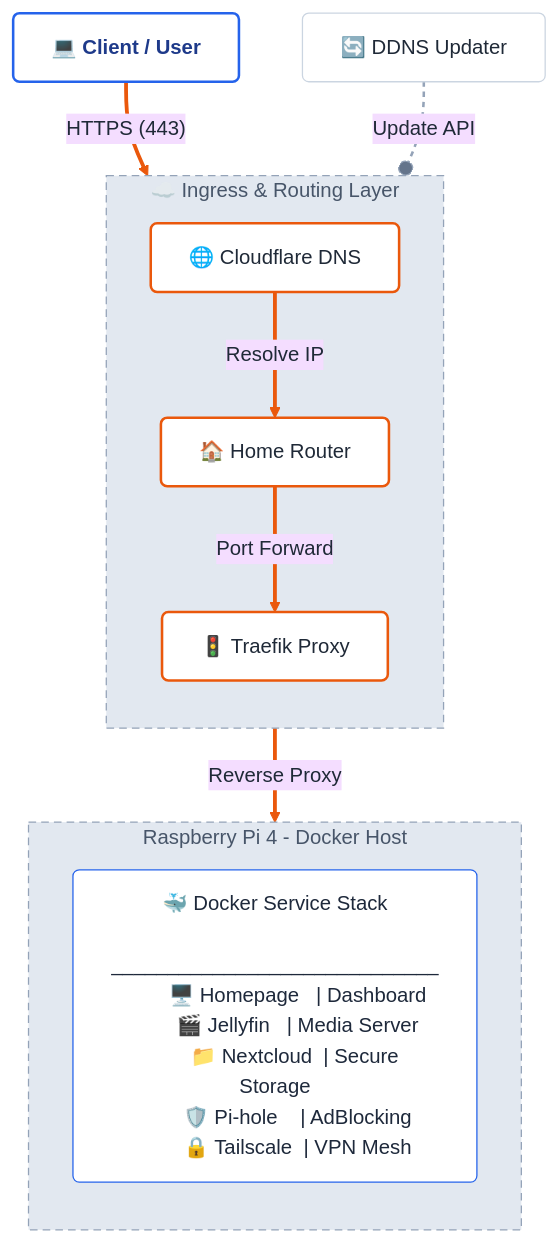
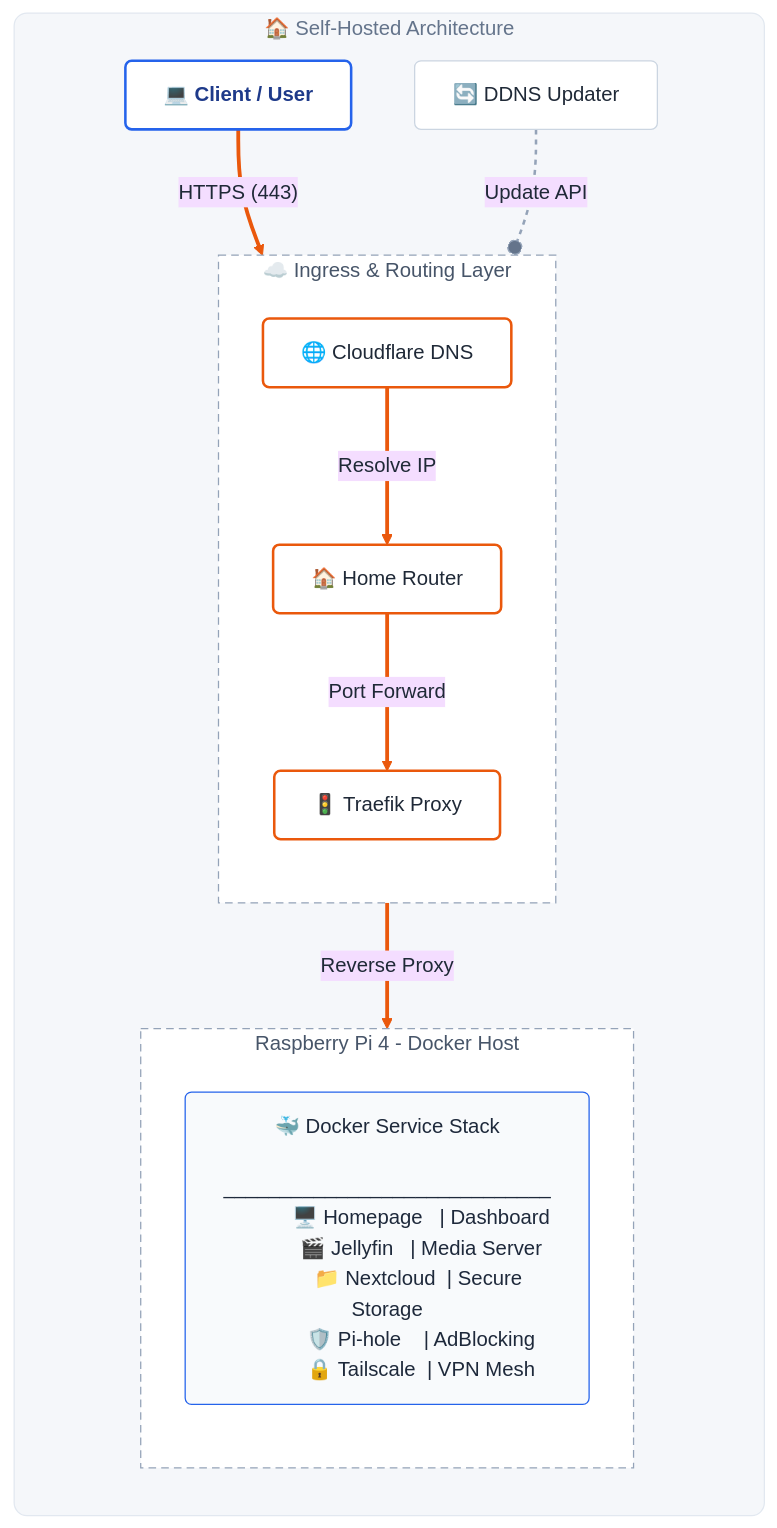
The diagram in README.md (charan-altro/self-host-lab), drawn with Mermaid before and after one commit.

````diff
--- a/README.md
+++ b/README.md
@@ -10,72 +10,80 @@
 ```mermaid
 %%{init: {
   'theme': 'base',
   'themeVariables': {
-    'background': '#F5F7FA',
-    'mainBkg': '#F5F7FA',
+    'background': '#FFFFFF',
     'primaryTextColor': '#1F2937',
     'lineColor': '#64748B'
   }
 }}%%
 flowchart TB
     %% --- STYLE DEFINITIONS ---
-    %% 1. White Card Style for Nodes (Pops against the grey background)
+    %% 1. White Nodes (Clean white boxes)
     classDef base fill:#FFFFFF,stroke:#CBD5E1,stroke-width:1px,color:#1F2937,rx:5,ry:5,font-family:sans-serif
-
-    %% 2. Blue Accents (Client & Server)
+    
+    %% 2. Blue Accents (Endpoints)
     classDef client fill:#FFFFFF,stroke:#2563EB,stroke-width:2px,color:#1E3A8A,rx:5,ry:5,font-weight:bold
     
-    %% 3. Orange Accents (The Active Network Path)
+    %% 3. Orange Accents (Routing Nodes)
     classDef transit fill:#FFFFFF,stroke:#EA580C,stroke-width:2px,color:#1F2937,rx:5,ry:5
 
-    %% 4. The Docker List Box (Clean White with Blue Border)
-    classDef listBox fill:#FFFFFF,stroke:#2563EB,stroke-width:1px,color:#1E293B,rx:5,ry:5,align:left
+    %% 4. The Docker List Box
+    classDef listBox fill:#F8FAFC,stroke:#2563EB,stroke-width:1px,color:#1E293B,rx:5,ry:5,align:left
 
     %% --- CONTAINER STYLING ---
-    %% These look like "Grouped Zones" on the grey background
-    classDef containerZone fill:#E2E8F0,stroke:#94A3B8,stroke-width:1px,stroke-dasharray: 6 4,color:#475569
+    %% The "Master" container (The Grey Background Card)
+    classDef masterZone fill:#F5F7FA,stroke:#E2E8F0,stroke-width:1px,rx:10,ry:10,color:#64748B
+    
+    %% The Inner Zones (White cards on top of Grey)
+    classDef innerZone fill:#FFFFFF,stroke:#94A3B8,stroke-width:1px,stroke-dasharray: 6 4,color:#475569
 
     %% --- DIAGRAM CONTENT ---
 
-    %% 1. TOP LAYER
-    User["💻 Client / User"]:::client
-    DDNS["🔄 DDNS Updater"]:::base
+    %% !!! MASTER CONTAINER STARTS HERE !!!
+    subgraph HomeLab ["🏠 Self-Hosted Architecture"]
+        direction TB
 
-    %% 2. MIDDLE LAYER: Routing
-    subgraph Routing ["☁️ Ingress & Routing Layer"]
-        direction TB
-        DNS["🌐 Cloudflare DNS"]:::transit
-        Router["🏠 Home Router"]:::transit
-        Traefik["🚦 Traefik Proxy"]:::transit
+        %% 1. TOP LAYER
+        User["💻 Client / User"]:::client
+        DDNS["🔄 DDNS Updater"]:::base
+
+        %% 2. MIDDLE LAYER: Routing
+        subgraph Routing ["☁️ Ingress & Routing Layer"]
+            direction TB
+            DNS["🌐 Cloudflare DNS"]:::transit
+            Router["🏠 Home Router"]:::transit
+            Traefik["🚦 Traefik Proxy"]:::transit
+        end
+
+        %% 3. BOTTOM LAYER: Server
+        subgraph Server ["Raspberry Pi 4 - Docker Host"]
+            direction TB
+            DockerList["🐳 Docker Service Stack
+            _____________________________
+            🖥️ Homepage   | Dashboard
+            🎬 Jellyfin   | Media Server
+            📁 Nextcloud  | Secure Storage
+            🛡️ Pi-hole    | AdBlocking
+            🔒 Tailscale  | VPN Mesh"]:::listBox
+        end
     end
-
-    %% 3. BOTTOM LAYER: Server
-    subgraph Server ["Raspberry Pi 4 - Docker Host"]
-        direction TB
-        DockerList["🐳 Docker Service Stack
-        _____________________________
-        🖥️ Homepage   | Dashboard
-        🎬 Jellyfin   | Media Server
-        📁 Nextcloud  | Secure Storage
-        🛡️ Pi-hole    | AdBlocking
-        🔒 Tailscale  | VPN Mesh"]:::listBox
-    end
+    %% !!! MASTER CONTAINER ENDS HERE !!!
 
     %% --- CONNECTIONS ---
-    
     %% Active Path (Orange & Thick)
     User ==>|"HTTPS (443)"| DNS
     DNS ==>|"Resolve IP"| Router
     Router ==>|"Port Forward"| Traefik
     Traefik ==>|"Reverse Proxy"| DockerList
 
     %% Maintenance Path (Grey & Dashed)
     DDNS -.-o|"Update API"| DNS
 
     %% --- APPLY STYLES ---
-    class Routing,Server containerZone
+    class HomeLab masterZone
+    class Routing,Server innerZone
 
     %% Link Styling
     linkStyle 0,1,2,3 stroke:#EA580C,stroke-width:3px,fill:none
     linkStyle 4 stroke:#94A3B8,stroke-width:2px,stroke-dasharray: 4 4
 ```
````
